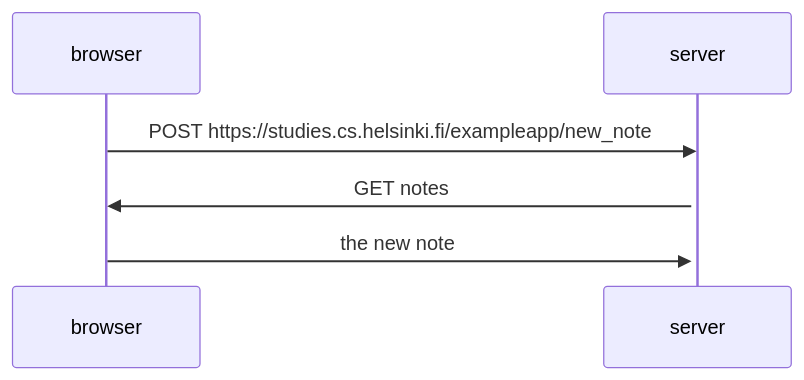
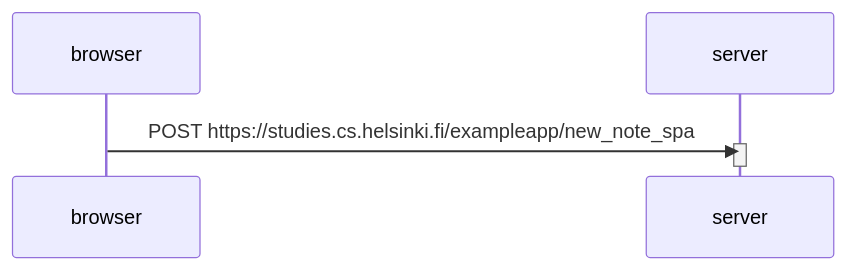
One commit to BiggestGit/FullStack2026 changed the diagram in part0/0.6-mermaid-create-note-single-page-app.md. Above: the diagram before and after it, drawn with Mermaid. The commit also changed 2 other files, not shown here.

Commit message:
made an effort despite myself

````diff
--- a/part0/0.6-mermaid-create-note-single-page-app.md
+++ b/part0/0.6-mermaid-create-note-single-page-app.md
@@ -1,11 +1,9 @@
 ```mermaid
   sequenceDiagram
     participant browser
     participant server
 
-    browser->>server: POST https://studies.cs.helsinki.fi/exampleapp/new_note 
+    browser->>server: POST https://studies.cs.helsinki.fi/exampleapp/new_note_spa
     activate server
-    server->>browser: GET notes
-    browser->>server: the new note
-    activate server
+    deactivate server
 ```
````
